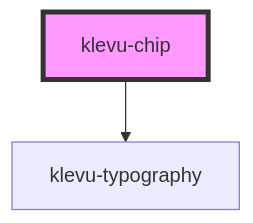
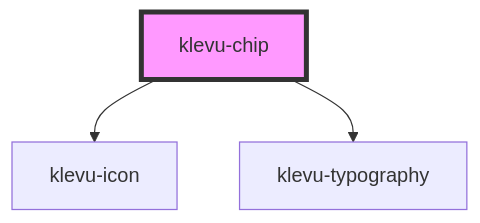
The diagram in packages/klevu-ui/src/components/klevu-chip/readme.md (klevultd/frontend-sdk), drawn with Mermaid before and after one commit. The commit also changed other lines of this file and 80 other files, not shown here.

Commit message:
Create a klevu-icon component

````diff
--- a/packages/klevu-ui/src/components/klevu-chip/readme.md
+++ b/packages/klevu-ui/src/components/klevu-chip/readme.md
@@ -43,5 +37,6 @@
 ```mermaid
 graph TD;
+  klevu-chip --> klevu-icon
   klevu-chip --> klevu-typography
   style klevu-chip fill:#f9f,stroke:#333,stroke-width:4px
 ```
````
